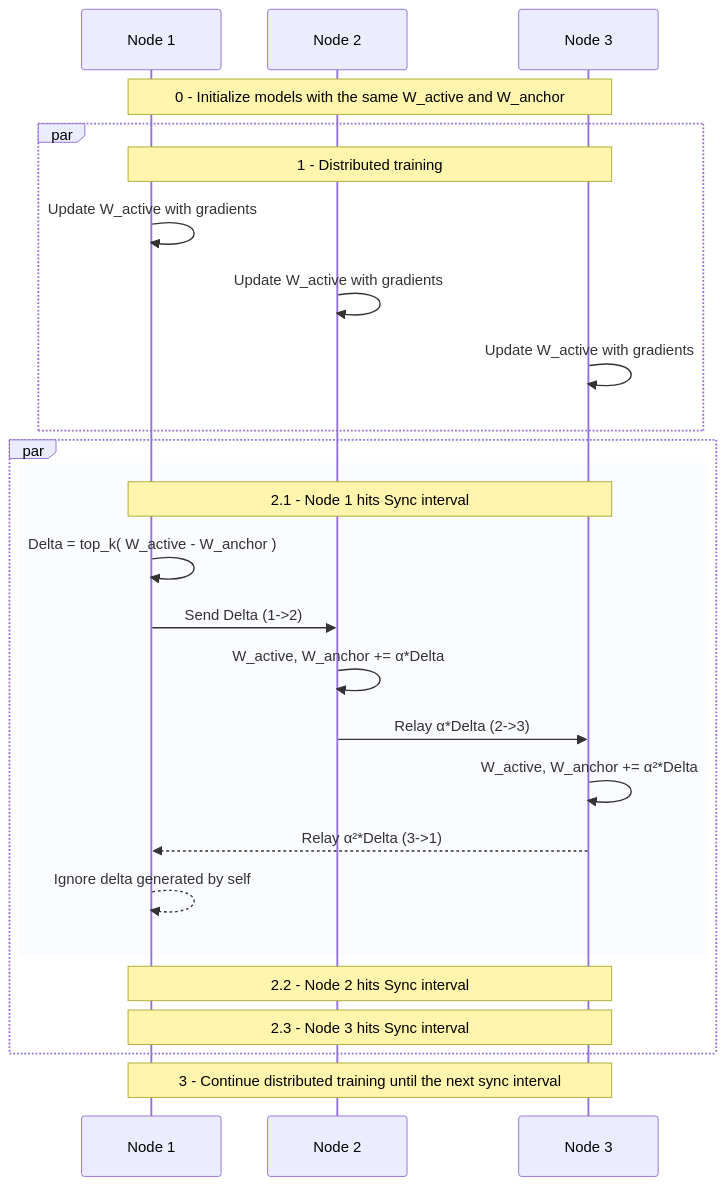
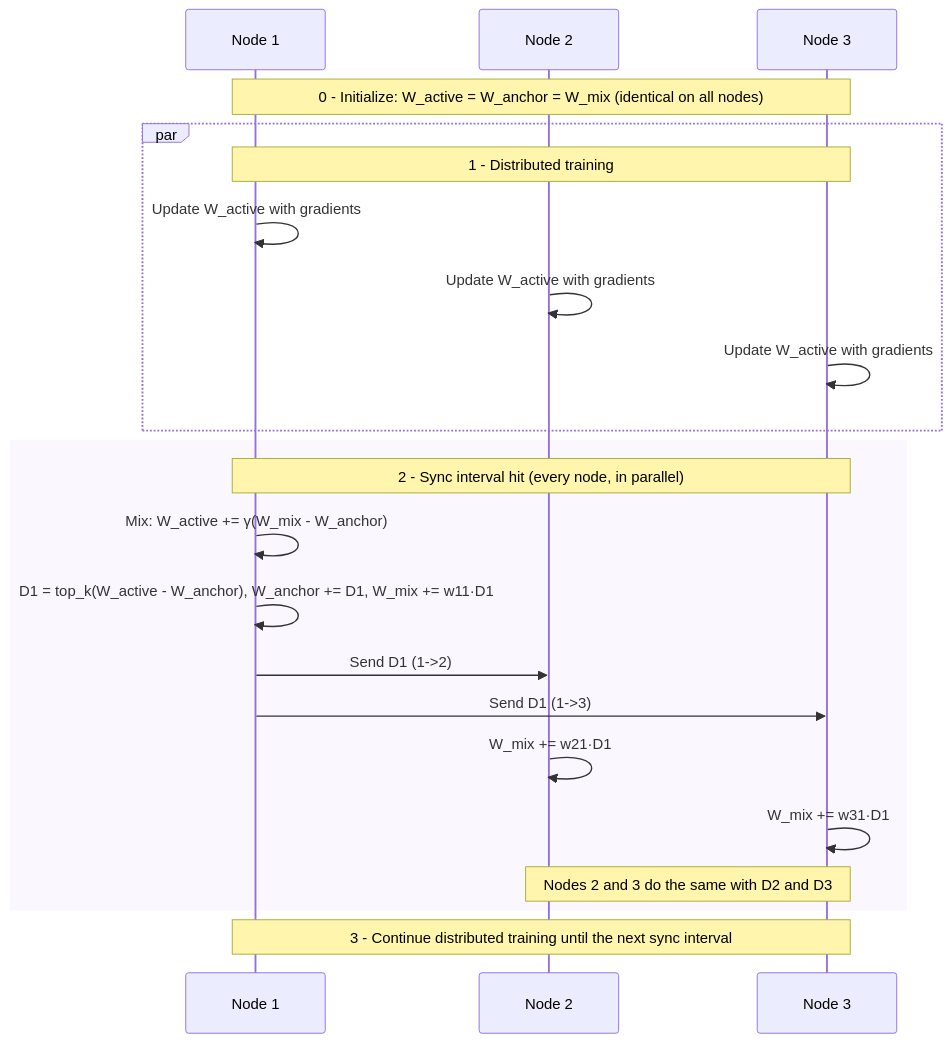
One commit to JiraPit/DeltaFabric changed the diagram in visualization/example_flow.mmd. Above: the diagram before and after it, drawn with Mermaid. The commit also changed other lines of this file and 37 other files, not shown here.

```diff
--- a/visualization/example_flow.mmd
+++ b/visualization/example_flow.mmd
@@ -1,32 +1,26 @@
 sequenceDiagram
     participant N1 as Node 1
     participant N2 as Node 2
     participant N3 as Node 3
 
-    Note over N1, N3: 0 - Initialize models with the same W_active and W_anchor
+    Note over N1, N3: 0 - Initialize: W_active = W_anchor = W_mix (identical on all nodes)
 
     par
         Note over N1, N3: 1 - Distributed training
         N1->>N1: Update W_active with gradients
         N2->>N2: Update W_active with gradients
         N3->>N3: Update W_active with gradients
     end
 
-    par
-        rect rgba(200, 220, 255, 0.1)
-            Note over N1, N3: 2.1 - Node 1 hits Sync interval
-            N1->>N1: Delta = top_k( W_active - W_anchor )
-            N1->>N2: Send Delta (1->2)
-            N2->>N2: W_active, W_anchor += α*Delta
-            N2->>N3: Relay α*Delta (2->3)
-            N3->>N3: W_active, W_anchor += α²*Delta
-            N3-->>N1: Relay α²*Delta (3->1)
-            N1-->>N1: Ignore delta generated by self
-        end
-
-        Note over N1, N3: 2.2 - Node 2 hits Sync interval
-
-        Note over N1, N3: 2.3 - Node 3 hits Sync interval
+    rect rgba(200, 180, 255, 0.1)
+        Note over N1, N3: 2 - Sync interval hit (every node, in parallel)
+        N1->>N1: Mix: W_active += γ(W_mix - W_anchor)
+        N1->>N1: D1 = top_k(W_active - W_anchor), W_anchor += D1, W_mix += w11·D1
+        N1->>N2: Send D1 (1->2)
+        N1->>N3: Send D1 (1->3)
+        N2->>N2: W_mix += w21·D1
+        N3->>N3: W_mix += w31·D1
+        Note over N2, N3: Nodes 2 and 3 do the same with D2 and D3
     end
 
-      Note over N1, N3: 3 - Continue distributed training until the next sync interval
+    Note over N1, N3: 3 - Continue distributed training until the next sync interval
```
